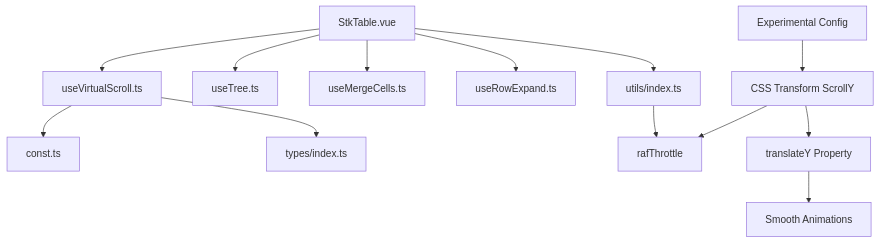
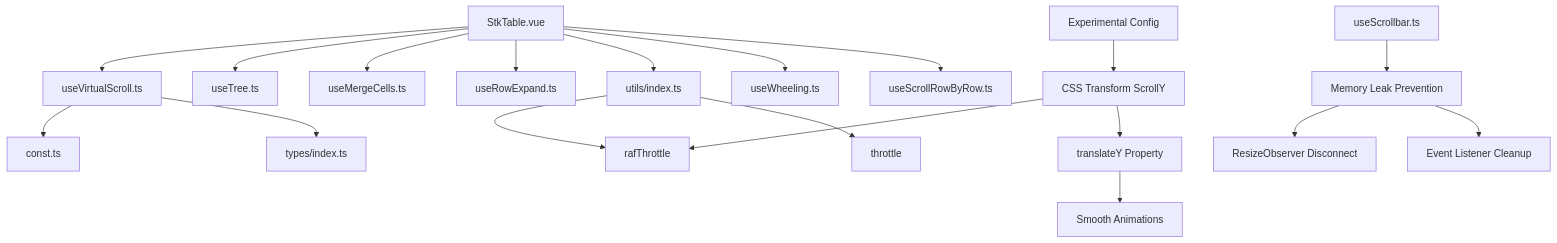
One commit to ja-plus/stk-table-vue changed the first of 6 diagrams in .qoder/repowiki/en/content/Core Concepts/Virtual Scrolling/Virtual Scroll Configuration.md. Above: the diagram before and after it, drawn with Mermaid. The commit also changed other lines of this file and 3 other files, not shown here.

````diff
--- a/.qoder/repowiki/en/content/Core Concepts/Virtual Scrolling/Virtual Scroll Configuration.md
+++ b/.qoder/repowiki/en/content/Core Concepts/Virtual Scrolling/Virtual Scroll Configuration.md
@@ -52,15 +56,21 @@
 ```mermaid
 graph TB
 STK["StkTable.vue"] --> VSHOOK["useVirtualScroll.ts"]
 VSHOOK --> CONST["const.ts"]
 VSHOOK --> TYPES["types/index.ts"]
 STK --> TREE["useTree.ts"]
 STK --> MERGE["useMergeCells.ts"]
 STK --> EXPAND["useRowExpand.ts"]
 STK --> UTILS["utils/index.ts"]
+STK --> WHEELING["useWheeling.ts"]
+STK --> SRBR["useScrollRowByRow.ts"]
 UTILS --> RAF["rafThrottle"]
+UTILS --> THROTTLE["throttle"]
+SCROLLBAR["useScrollbar.ts"] --> CLEANUP["Memory Leak Prevention"]
+CLEANUP --> RESIZEOBSERVER["ResizeObserver Disconnect"]
+CLEANUP --> EVENTLISTENERS["Event Listener Cleanup"]
 EXPERIMENTAL["Experimental Config"] --> SCROLLY["CSS Transform ScrollY"]
 SCROLLY --> RAF
 SCROLLY --> TRANSFORM["translateY Property"]
 TRANSFORM --> ANIMATION["Smooth Animations"]
 ```
````
